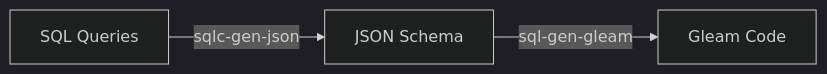
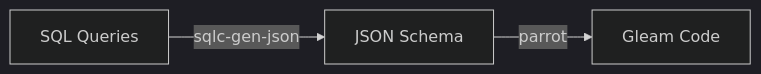
One commit to daniellionel01/parrot changed the diagram in README.md. Above: the diagram before and after it, drawn with Mermaid (dark theme). The commit also changed other lines of this file and 2 other files, not shown here.

````diff
--- a/README.md
+++ b/README.md
@@ -16,5 +16,5 @@
 ```mermaid
 graph LR
     SQL[SQL Queries] -- sqlc-gen-json --> JSON[JSON Schema]
-    JSON -- sql-gen-gleam --> Gleam[Gleam Code]
+    JSON -- parrot --> Gleam[Gleam Code]
 ```
````
